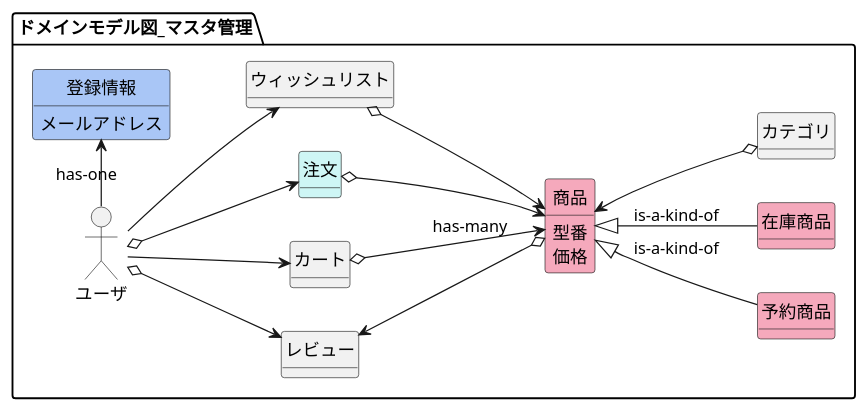
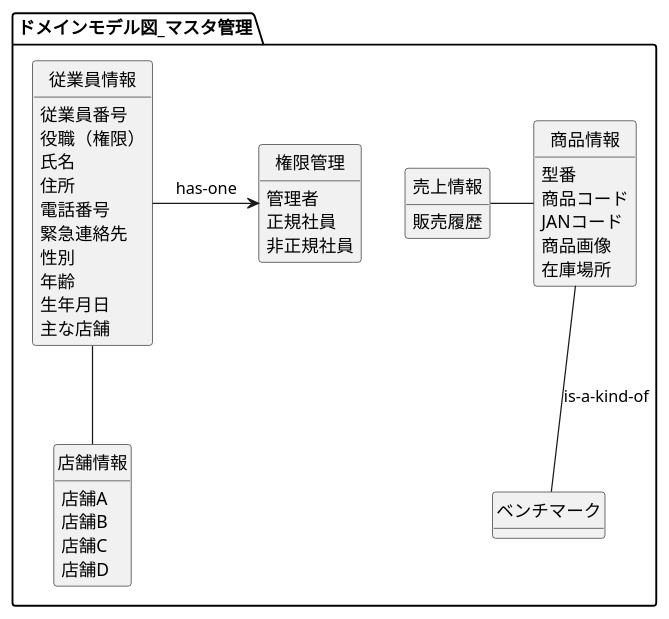
Before and after one commit to HaruShim/Sotuken: the diagram in 各種設計書/1ドメインモデル図/ドメインモデル図_マスタ管理.wsd, drawn with PlantUML.

```diff
--- a/各種設計書/1ドメインモデル図/ドメインモデル図_マスタ管理.wsd
+++ b/各種設計書/1ドメインモデル図/ドメインモデル図_マスタ管理.wsd
@@ -1,37 +1,74 @@
 @startuml domainmodel
-left to right direction
+' left to right direction
 
 hide circle
 hide method
 
 package ドメインモデル図_マスタ管理 {
-    class 商品 #F5A9BC
-    class 予約商品 #F5A9BC
-    class 在庫商品 #F5A9BC
-    class カテゴリ
-    class レビュー
-    class カート
-    class 注文 #CEF6F5
-    class ウィッシュリスト
-    class 登録情報 #A9C6F6
-    mix_actor ユーザ
+  ' class 商品 #F5A9BC
+  ' class 予約商品 #F5A9BC
+  ' class 在庫商品 #F5A9BC
+  ' class カテゴリ
+  ' class レビュー
+  ' class カート
+  ' class 注文 #CEF6F5
+  ' class ウィッシュリスト
+  ' class 登録情報 #A9C6F6
+  class 商品情報
+  class ベンチマーク
+  class 売上情報
+  class 従業員情報
+  class 店舗情報
+  class 権限管理
 
-    商品 : 型番
-    商品 : 価格
-    登録情報 : メールアドレス
+  権限管理 : 管理者
+  権限管理 : 正規社員
+  権限管理 : 非正規社員
+  従業員情報 : 従業員番号
+  従業員情報 : 役職（権限）
+  従業員情報 : 氏名
+  従業員情報 : 住所
+  従業員情報 : 電話番号
+  従業員情報 : 緊急連絡先
+  従業員情報 : 性別
+  従業員情報 : 年齢
+  従業員情報 : 生年月日
+  従業員情報 : 主な店舗
+  商品情報 : 型番
+  商品情報 : 商品コード
+  商品情報 : JANコード
+  商品情報 : 商品画像
+  商品情報 : 在庫場所
+  売上情報 : 販売履歴
+  店舗情報 : 店舗A
+  店舗情報 : 店舗B
+  店舗情報 : 店舗C
+  店舗情報 : 店舗D
 
-    ユーザ -> 登録情報 : has-one
-    ユーザ --> カート
-    カート o--> 商品 : has-many
-    商品 <--o カテゴリ
-    ユーザ o--> 注文
-    注文 o--> 商品
-    ユーザ --> ウィッシュリスト
-    ウィッシュリスト o--> 商品
-    ユーザ o--> レビュー
-    レビュー <--o 商品
+  従業員情報 -- 店舗情報
+  商品情報 -left- 売上情報
 
-    商品 <|-- 予約商品 : is-a-kind-of
-    商品 <|-- 在庫商品 : is-a-kind-of
+
+  ' mix_actor 管理者
+  ' mix_actor 正規社員
+
+  ' 商品 : 型番
+  ' 商品 : 価格
+  ' 登録情報 : メールアドレス
+
+  従業員情報 -> 権限管理 : has-one
+  商品情報 -- ベンチマーク : is-a-kind-of
+  ' ユーザ --> カート
+  ' カート o--> 商品 : has-many
+  ' 商品 <--o カテゴリ
+  ' ユーザ o--> 注文
+  ' 注文 o--> 商品
+  ' ユーザ --> ウィッシュリスト
+  ' ウィッシュリスト o--> 商品
+  ' ユーザ o--> レビュー
+  ' レビュー <--o 商品
+
+  ' 商品 <|-- 予約商品 : is-a-kind-of
+  ' 商品 <|-- 在庫商品 : is-a-kind-of
 }
 @enduml
```
